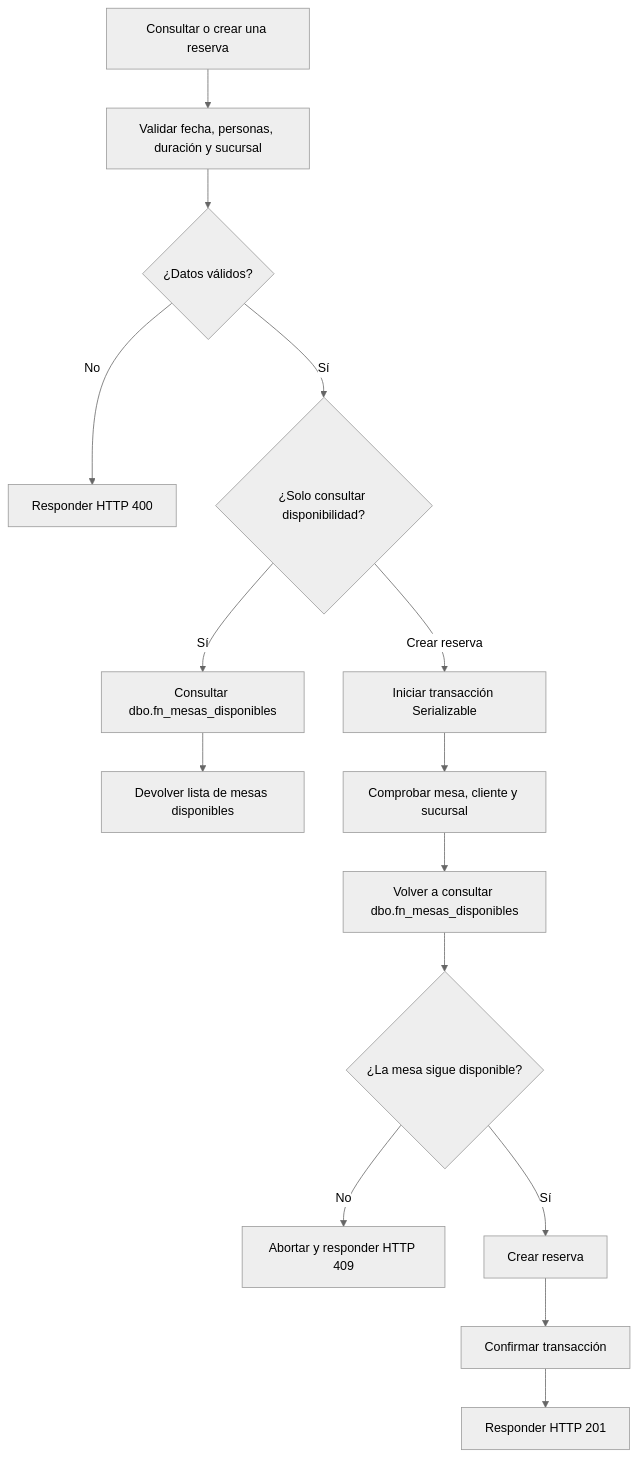
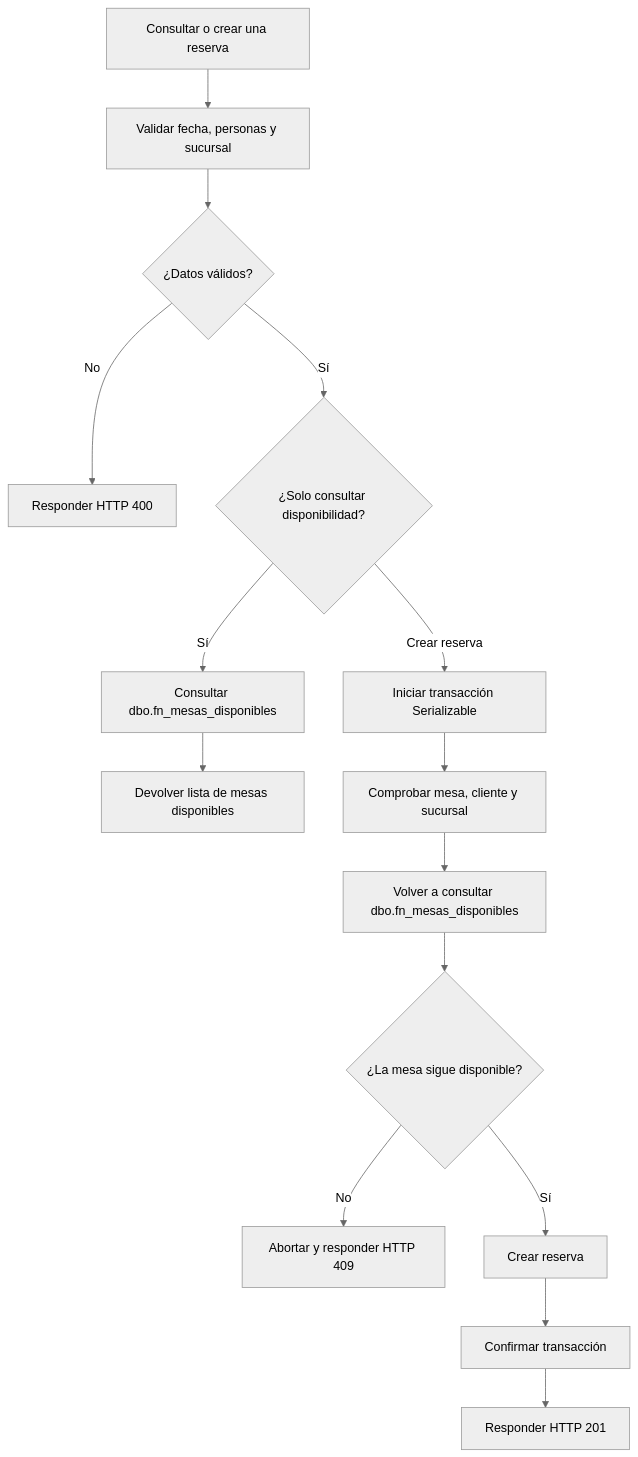
The seventh of 7 diagrams in Backend/README.md (Daniellopez28/Proyecto_de_catedra_web), drawn with Mermaid (neutral theme) before and after one commit. The commit also changed other lines of this file and 1 other file, not shown here.

````diff
--- a/Backend/README.md
+++ b/Backend/README.md
@@ -1102,18 +1082,18 @@
 ```mermaid
 flowchart TD
-    REQUEST["Consultar o crear una reserva"] --> INPUT["Validar fecha, personas, duración y sucursal"]
+    REQUEST["Consultar o crear una reserva"] --> INPUT["Validar fecha, personas y sucursal"]
     INPUT --> VALID{"¿Datos válidos?"}
     VALID -->|No| BAD_REQUEST["Responder HTTP 400"]
     VALID -->|Sí| ACTION{"¿Solo consultar disponibilidad?"}
     ACTION -->|Sí| AVAILABILITY["Consultar dbo.fn_mesas_disponibles"]
     AVAILABILITY --> LIST["Devolver lista de mesas disponibles"]
 
     ACTION -->|Crear reserva| TX["Iniciar transacción Serializable"]
     TX --> CHECK["Comprobar mesa, cliente y sucursal"]
     CHECK --> FUNCTION["Volver a consultar dbo.fn_mesas_disponibles"]
     FUNCTION --> FREE{"¿La mesa sigue disponible?"}
     FREE -->|No| CONFLICT["Abortar y responder HTTP 409"]
     FREE -->|Sí| INSERT["Crear reserva"]
     INSERT --> COMMIT["Confirmar transacción"]
     COMMIT --> CREATED["Responder HTTP 201"]
 ```
````
